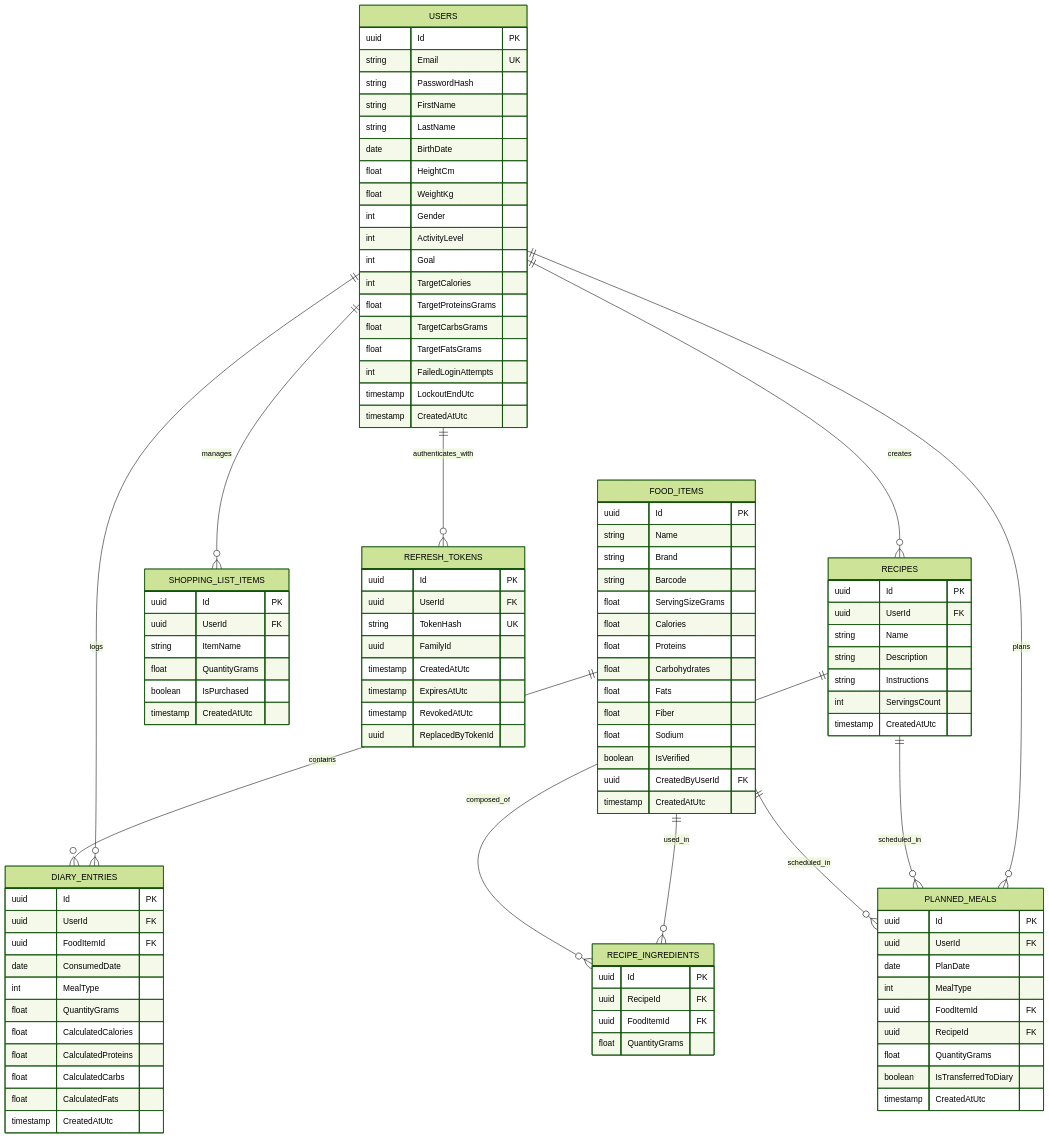
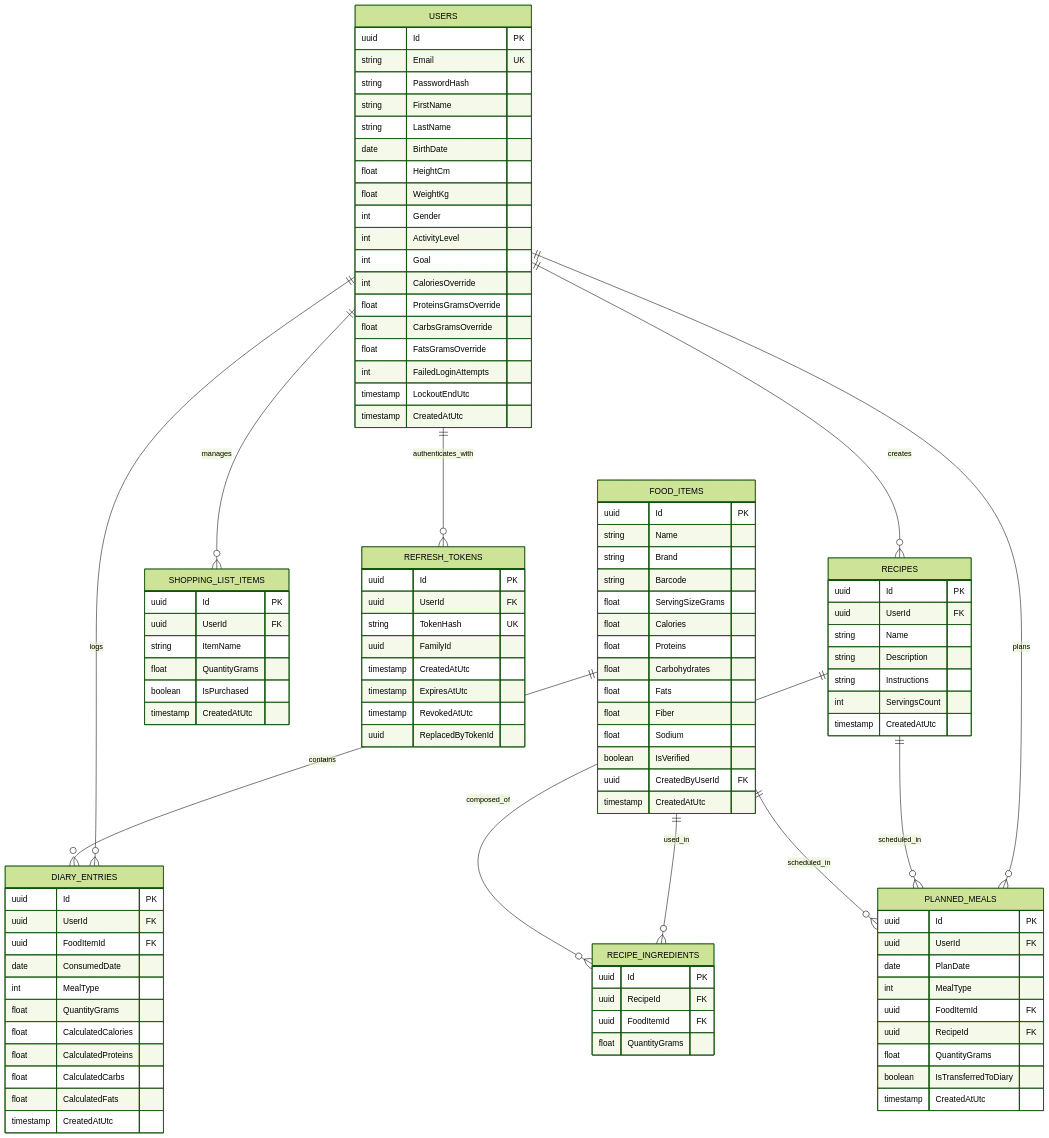
The second of 5 diagrams in aplicatie/docs/architecture_and_contracts.md (muxxq/Nutritional-Tracking-with-OCR), drawn with Mermaid (forest theme) before and after one commit. The commit also changed other lines of this file and 3 other files, not shown here.

Commit message:
docs: add ADR-003, profile contract and roadmap progress

```diff
--- a/aplicatie/docs/architecture_and_contracts.md
+++ b/aplicatie/docs/architecture_and_contracts.md
@@ -79,10 +79,10 @@
         int Gender
         int ActivityLevel
         int Goal
-        int TargetCalories
-        float TargetProteinsGrams
-        float TargetCarbsGrams
-        float TargetFatsGrams
+        int CaloriesOverride
+        float ProteinsGramsOverride
+        float CarbsGramsOverride
+        float FatsGramsOverride
         int FailedLoginAttempts
         timestamp LockoutEndUtc
         timestamp CreatedAtUtc
```
